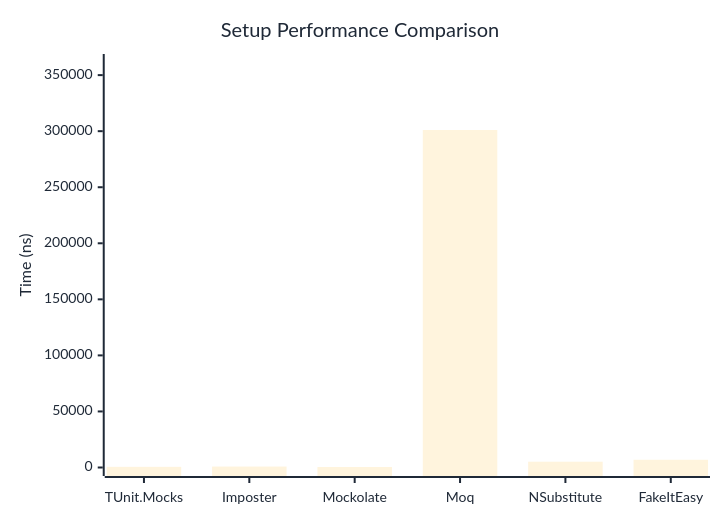
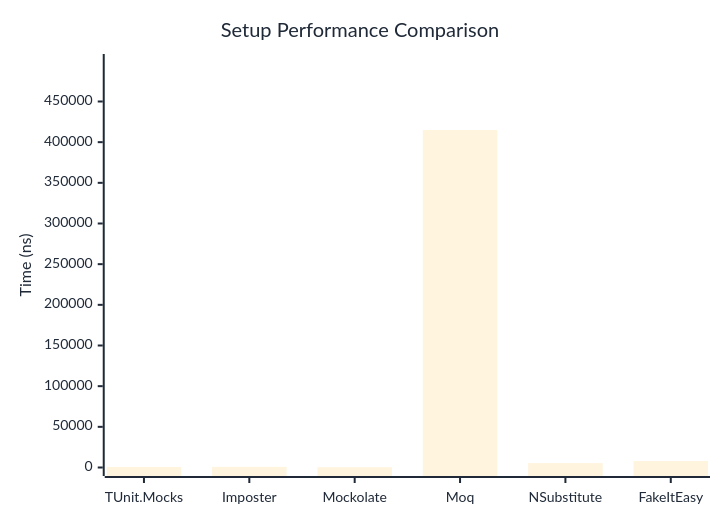
The first of 2 diagrams in docs/docs/benchmarks/mocks/Setup.md (thomhurst/TUnit), drawn with Mermaid before and after one commit. The commit also changed other lines of this file and 13 other files, not shown here.

````diff
--- a/docs/docs/benchmarks/mocks/Setup.md
+++ b/docs/docs/benchmarks/mocks/Setup.md
@@ -28,27 +28,27 @@
 ```mermaid
 %%{init: {
   'theme':'base',
   'themeVariables': {
     'primaryColor': '#2563eb',
     'primaryTextColor': '#1f2937',
     'primaryBorderColor': '#1e40af',
     'lineColor': '#6b7280',
     'secondaryColor': '#7c3aed',
     'tertiaryColor': '#dc2626',
     'background': '#ffffff',
     'pie1': '#2563eb',
     'pie2': '#7c3aed',
     'pie3': '#dc2626',
     'pie4': '#f59e0b',
     'pie5': '#10b981',
     'pie6': '#06b6d4',
     'pie7': '#ec4899',
     'pie8': '#6366f1'
   }
 }}%%
 xychart-beta
   title "Setup Performance Comparison"
   x-axis ["TUnit.Mocks", "Imposter", "Mockolate", "Moq", "NSubstitute", "FakeItEasy"]
-  y-axis "Time (ns)" 0 --> 361262
-  bar [592.7, 841, 432.4, 301051.1, 5174.9, 6911.1]
+  y-axis "Time (ns)" 0 --> 497945
+  bar [572.4, 792.4, 397.9, 414953.7, 5364.6, 7917.3]
 ```
````
